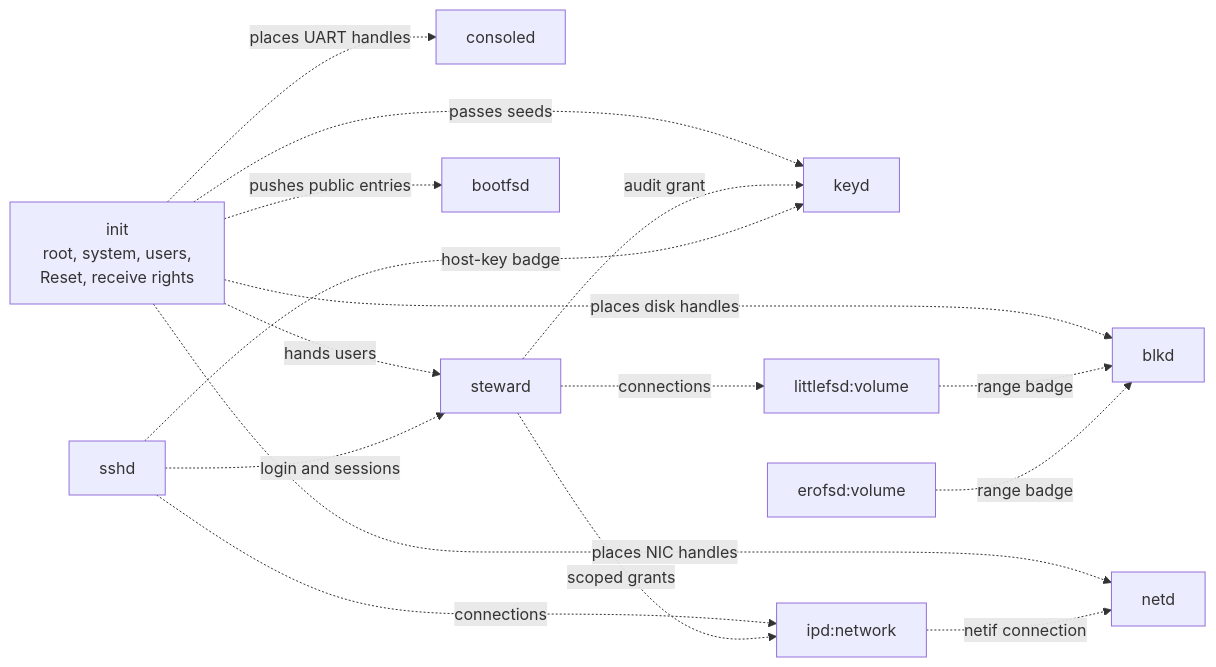
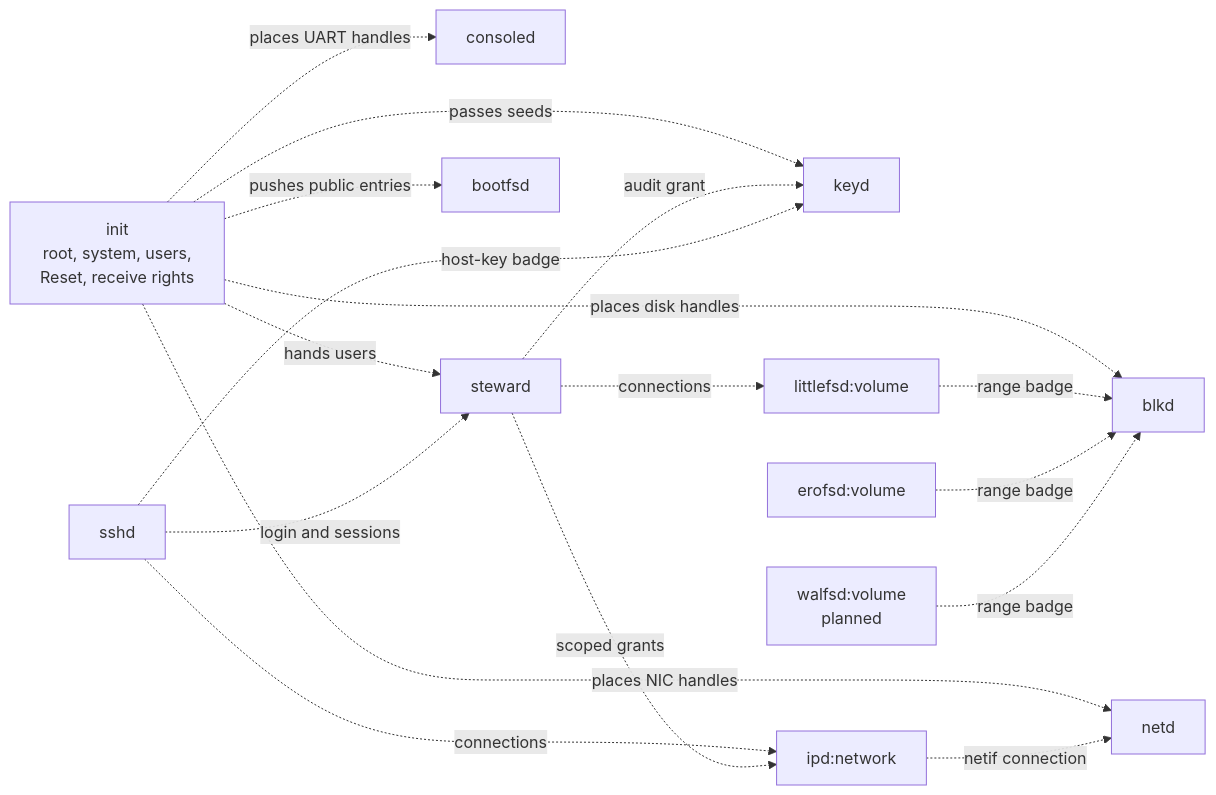
The second of 3 diagrams in docs/servers/README.md (sirmick/redoubt), drawn with Mermaid before and after one commit. The commit also changed other lines of this file and 4 other files, not shown here.

````diff
--- a/docs/servers/README.md
+++ b/docs/servers/README.md
@@ -248,18 +250,19 @@
 ```mermaid
 flowchart LR
     I[init<br/>root, system, users,<br/>Reset, receive rights] -. places disk handles .-> BL[blkd]
     I -. places NIC handles .-> ND[netd]
     I -. places UART handles .-> CO[consoled]
     I -. hands users .-> ST[steward]
     I -. pushes public entries .-> BF[bootfsd]
     I -. passes seeds .-> KD[keyd]
     FS[littlefsd:volume] -. range badge .-> BL
     EF[erofsd:volume] -. range badge .-> BL
+    WF[walfsd:volume<br/>planned] -. range badge .-> BL
     IP[ipd:network] -. netif connection .-> ND
     ST -. audit grant .-> KD
     SS[sshd] -. host-key badge .-> KD
     SS -. login and sessions .-> ST
     SS -. connections .-> IP
     ST -. connections .-> FS
     ST -. scoped grants .-> IP
 ```
````
